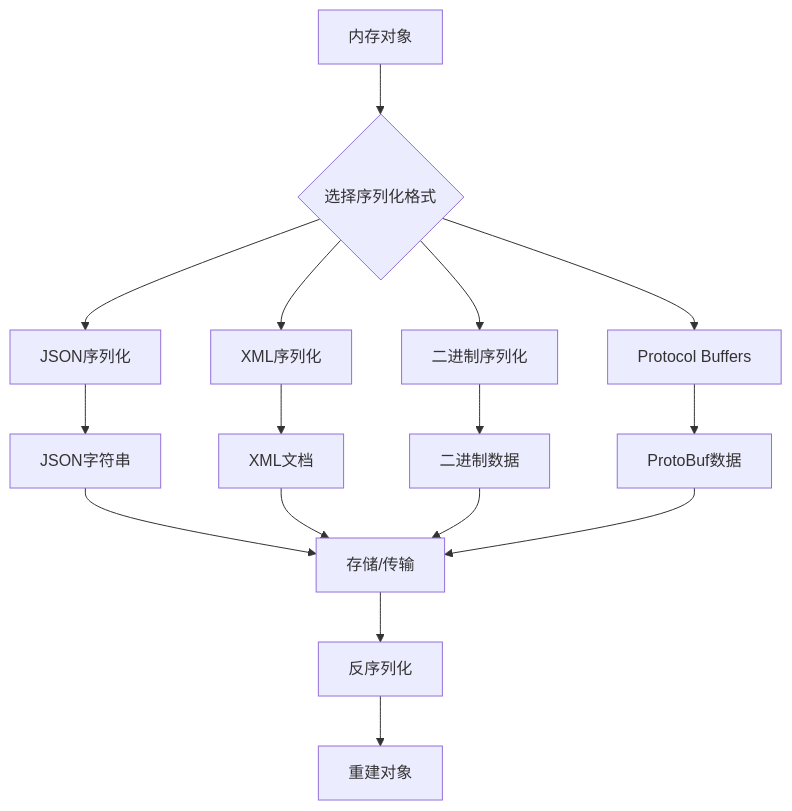
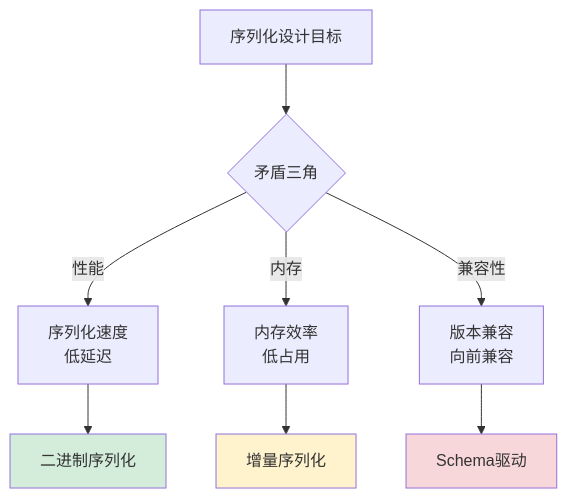
One commit to chongyang211/YCBookBlog changed the fourth of 24 diagrams in 00.通用技术的提升/02.程序编程原理/05.序列化数据的思想.md. Above: the diagram before and after it, drawn with Mermaid. The commit also changed other lines of this file and 28 other files, not shown here.

````diff
--- a/00.通用技术的提升/02.程序编程原理/05.序列化数据的思想.md
+++ b/00.通用技术的提升/02.程序编程原理/05.序列化数据的思想.md
@@ -97,21 +209,15 @@
 ```mermaid
 flowchart TD
-    A[内存对象] --> B{选择序列化格式}
-    B --> C[JSON序列化]
-    B --> D[XML序列化]
-    B --> E[二进制序列化]
-    B --> F[Protocol Buffers]
+    A[序列化设计目标] --> B{矛盾三角}
+    B -->|性能| C[序列化速度<br/>低延迟]
+    B -->|内存| D[内存效率<br/>低占用]
+    B -->|兼容性| E[版本兼容<br/>向前兼容]
     
-    C --> G[JSON字符串]
-    D --> H[XML文档]
-    E --> I[二进制数据]
-    F --> J[ProtoBuf数据]
+    C --> F[二进制序列化]
+    D --> G[增量序列化]
+    E --> H[Schema驱动]
     
-    G --> K[存储/传输]
-    H --> K
-    I --> K
-    J --> K
-    
-    K --> L[反序列化]
-    L --> M[重建对象]
+    style F fill:#d4edda
+    style G fill:#fff3cd
+    style H fill:#f8d7da
 ```
````
